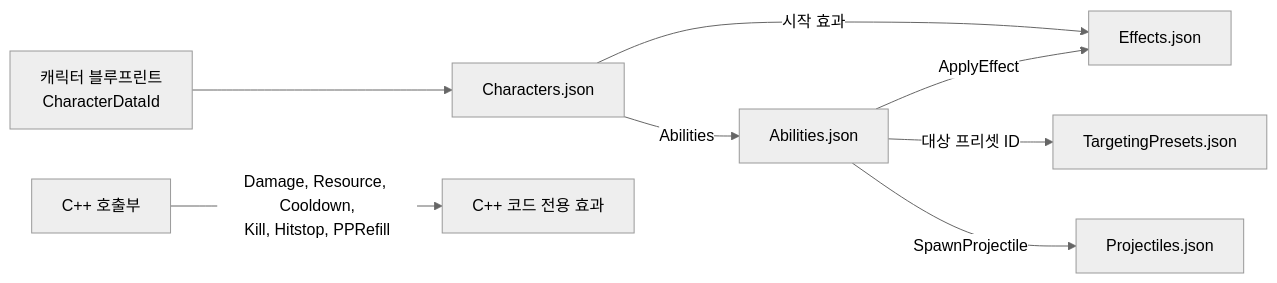
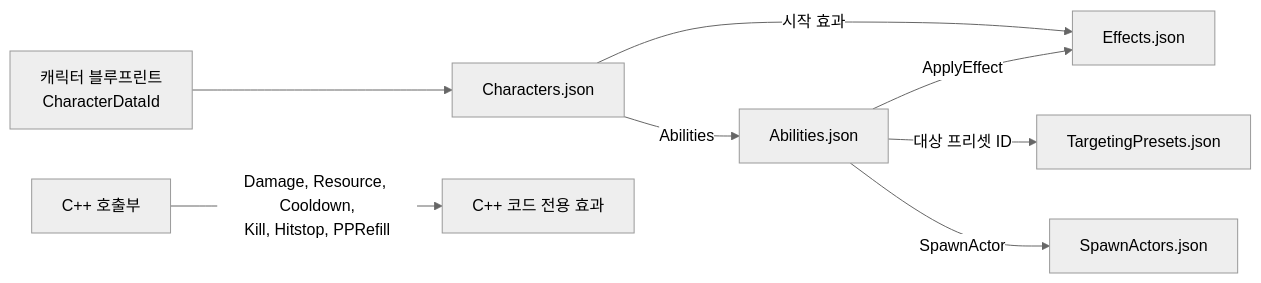
The first of 2 diagrams in Docs/Architecture/데이터 로딩과 스키마.md (Woogl/Ag), drawn with Mermaid (neutral theme) before and after one commit. The commit also changed other lines of this file and 10 other files, not shown here.

````diff
--- a/Docs/Architecture/데이터 로딩과 스키마.md
+++ b/Docs/Architecture/데이터 로딩과 스키마.md
@@ -45,10 +45,10 @@
 ```mermaid
 flowchart LR
     BP["캐릭터 블루프린트<br>CharacterDataId"] --> C["Characters.json"]
     C -->|"Abilities"| A["Abilities.json"]
     C -->|"시작 효과"| E["Effects.json"]
     A -->|"ApplyEffect"| E
     A -->|"대상 프리셋 ID"| G["TargetingPresets.json"]
-    A -->|"SpawnProjectile"| P["Projectiles.json"]
+    A -->|"SpawnActor"| P["SpawnActors.json"]
     K["C++ 호출부"] -->|"Damage, Resource, Cooldown,<br>Kill, Hitstop, PPRefill"| N["C++ 코드 전용 효과"]
 ```
````
